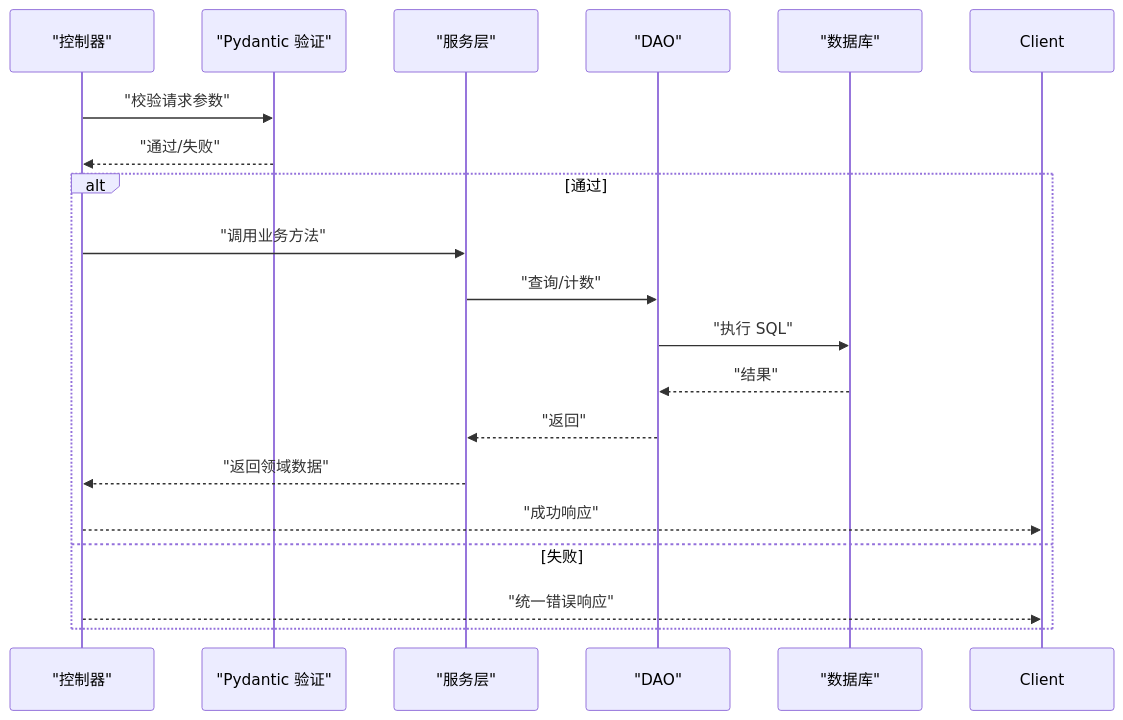
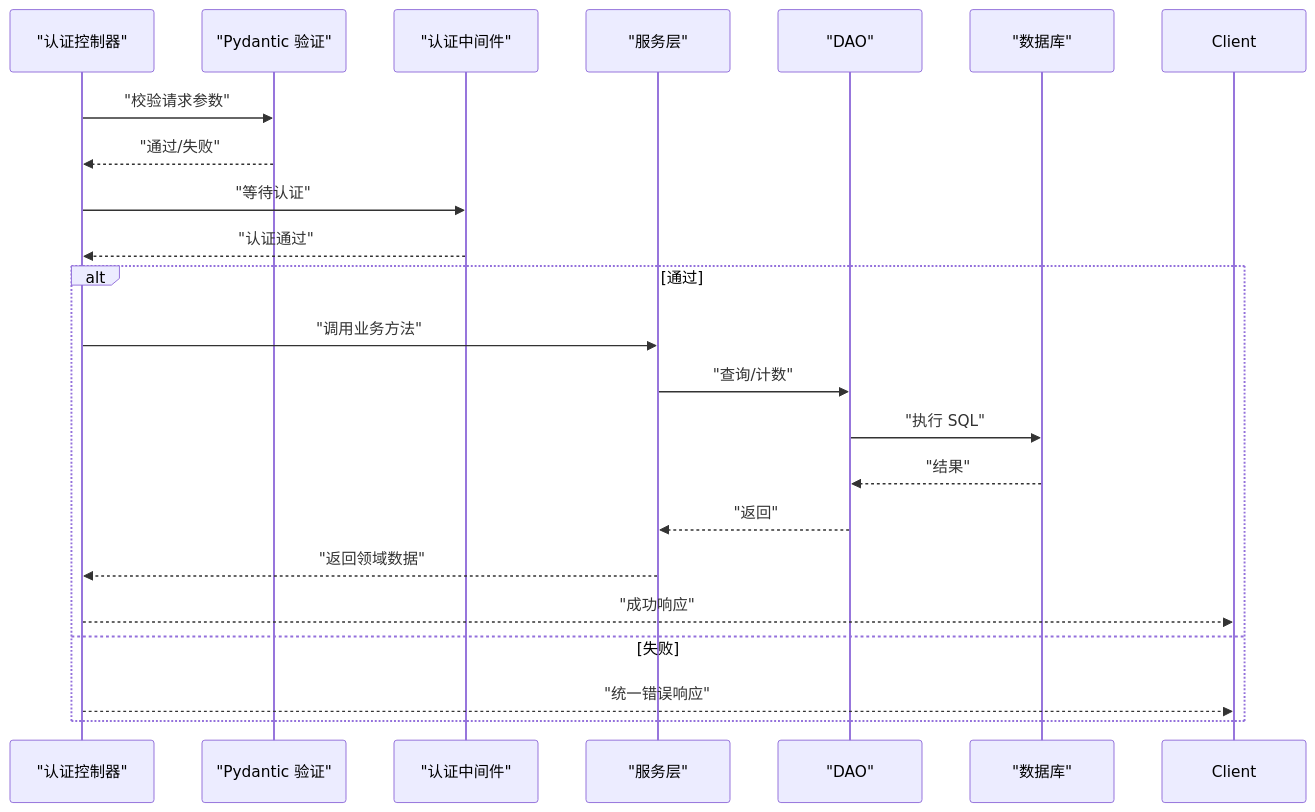
The seventh of 9 diagrams in .qoder/repowiki/zh/content/数据模型/数据验证规则.md (lilinzezzzzzz/fastapi-backend), drawn with Mermaid before and after one commit. The commit also changed other lines of this file and 38 other files, not shown here.

````diff
--- a/.qoder/repowiki/zh/content/数据模型/数据验证规则.md
+++ b/.qoder/repowiki/zh/content/数据模型/数据验证规则.md
@@ -307,21 +410,24 @@
 ```mermaid
 sequenceDiagram
-participant Ctrl as "控制器"
+participant Ctrl as "认证控制器"
 participant Pyd as "Pydantic 验证"
+participant Auth as "认证中间件"
 participant Svc as "服务层"
 participant Dao as "DAO"
 participant Db as "数据库"
 Ctrl->>Pyd : "校验请求参数"
 Pyd-->>Ctrl : "通过/失败"
+Ctrl->>Auth : "等待认证"
+Auth-->>Ctrl : "认证通过"
 alt 通过
 Ctrl->>Svc : "调用业务方法"
 Svc->>Dao : "查询/计数"
 Dao->>Db : "执行 SQL"
 Db-->>Dao : "结果"
 Dao-->>Svc : "返回"
 Svc-->>Ctrl : "返回领域数据"
 Ctrl-->>Client : "成功响应"
 else 失败
 Ctrl-->>Client : "统一错误响应"
 end
 ```
````
